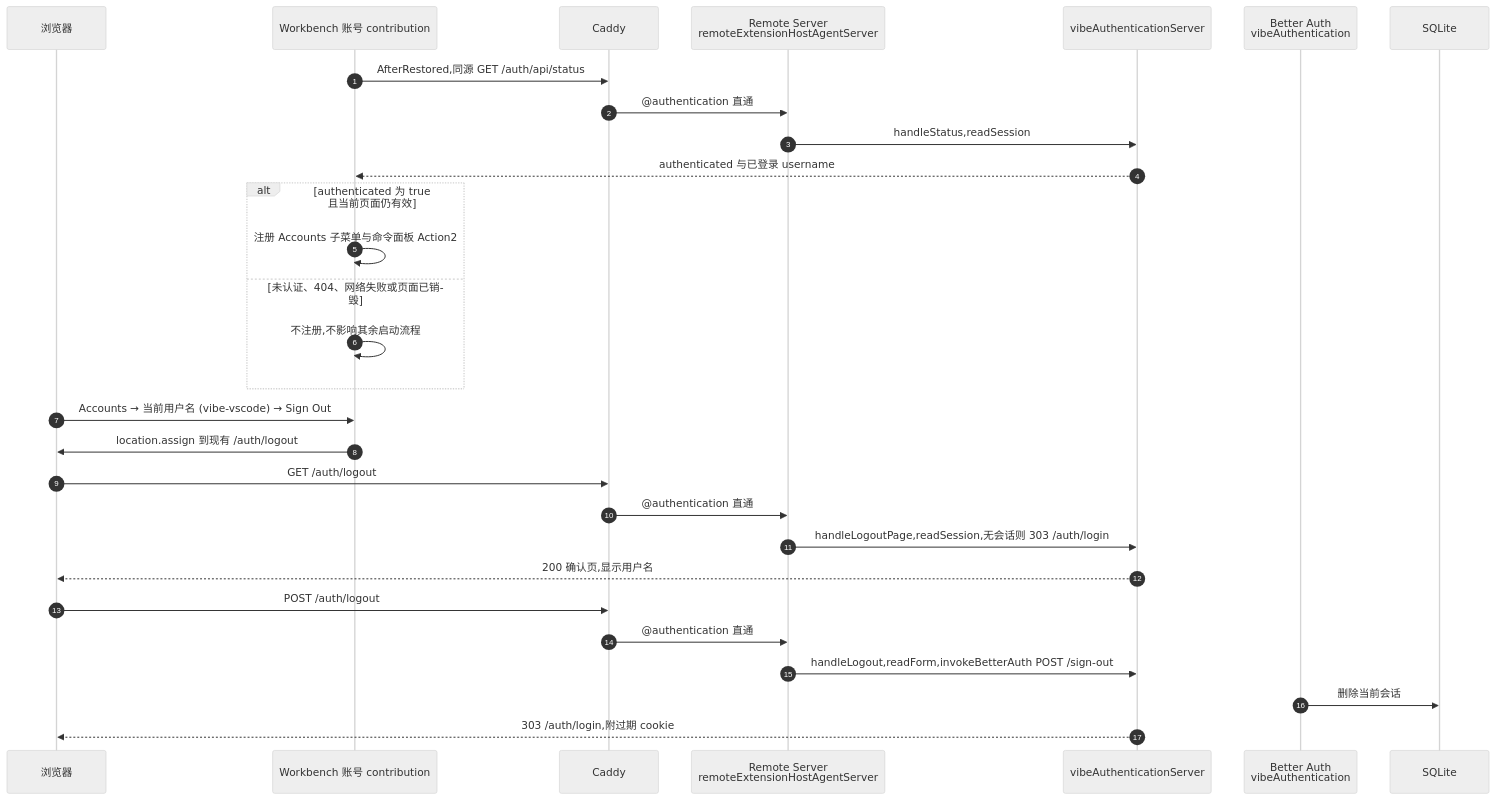
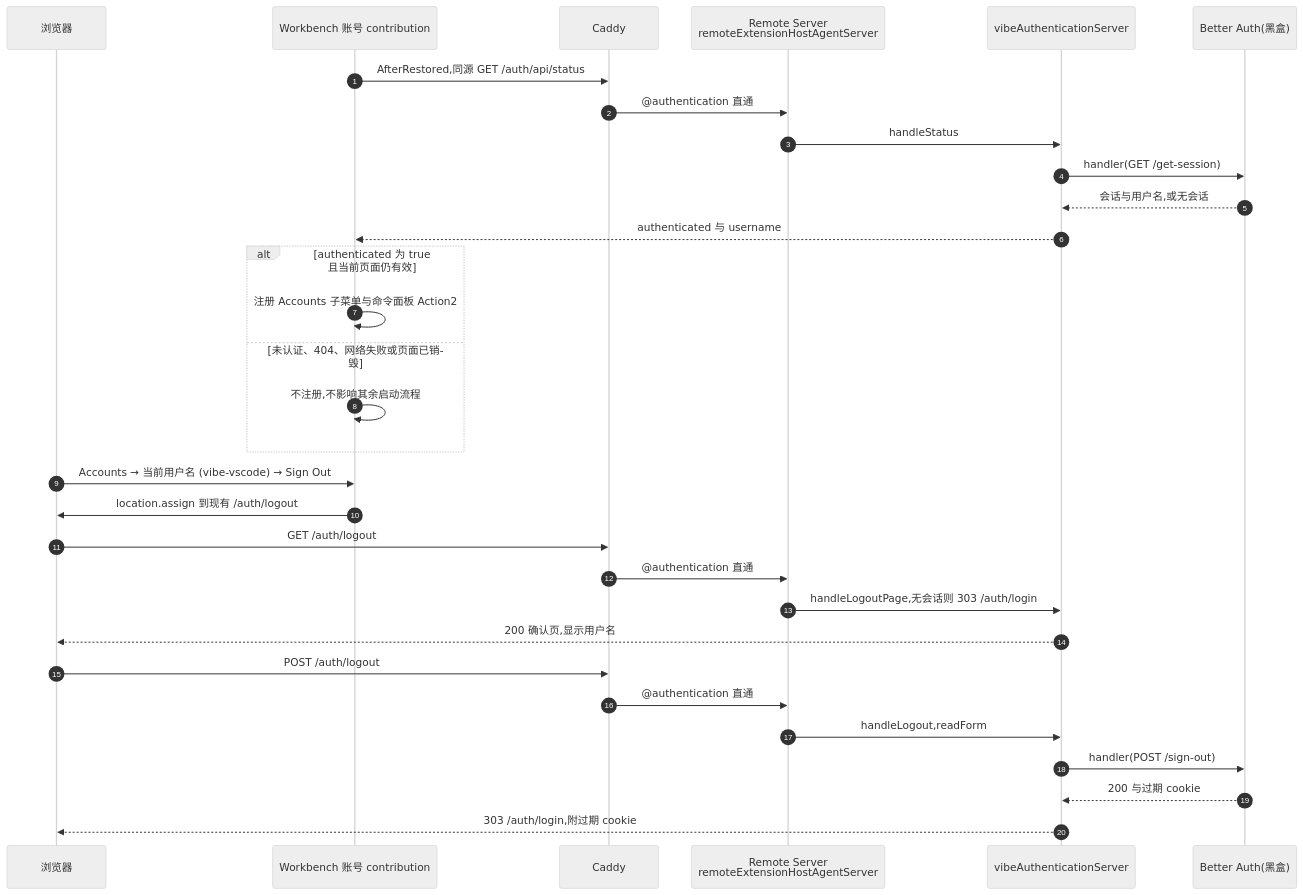
One commit to ActivePeter/vibe-vscode changed the ninth of 11 diagrams in vibe_vscode_doc/design/login_authentication.md. Above: the diagram before and after it, drawn with Mermaid (neutral theme). The commit also changed other lines of this file, not shown here.

First line of the commit message:
docs: draw Better Auth as a black box and list the calls made into it

````diff
--- a/vibe_vscode_doc/design/login_authentication.md
+++ b/vibe_vscode_doc/design/login_authentication.md
@@ -323,32 +318,34 @@
 ```mermaid
 sequenceDiagram
     autonumber
     participant Browser as 浏览器
     participant Account as Workbench 账号 contribution
     participant Caddy as Caddy
     participant Remote as Remote Server<br/>remoteExtensionHostAgentServer
     participant AuthSrv as vibeAuthenticationServer
-    participant Auth as Better Auth<br/>vibeAuthentication
-    participant DB as SQLite
+    participant BA as Better Auth(黑盒)
 
     Account->>Caddy: AfterRestored,同源 GET /auth/api/status
     Caddy->>Remote: @authentication 直通
-    Remote->>AuthSrv: handleStatus,readSession
-    AuthSrv-->>Account: authenticated 与已登录 username
+    Remote->>AuthSrv: handleStatus
+    AuthSrv->>BA: handler(GET /get-session)
+    BA-->>AuthSrv: 会话与用户名,或无会话
+    AuthSrv-->>Account: authenticated 与 username
     alt authenticated 为 true 且当前页面仍有效
         Account->>Account: 注册 Accounts 子菜单与命令面板 Action2
     else 未认证、404、网络失败或页面已销毁
         Account->>Account: 不注册,不影响其余启动流程
     end
     Browser->>Account: Accounts → 当前用户名 (vibe-vscode) → Sign Out
     Account->>Browser: location.assign 到现有 /auth/logout
     Browser->>Caddy: GET /auth/logout
     Caddy->>Remote: @authentication 直通
-    Remote->>AuthSrv: handleLogoutPage,readSession,无会话则 303 /auth/login
+    Remote->>AuthSrv: handleLogoutPage,无会话则 303 /auth/login
     AuthSrv-->>Browser: 200 确认页,显示用户名
     Browser->>Caddy: POST /auth/logout
     Caddy->>Remote: @authentication 直通
-    Remote->>AuthSrv: handleLogout,readForm,invokeBetterAuth POST /sign-out
-    Auth->>DB: 删除当前会话
+    Remote->>AuthSrv: handleLogout,readForm
+    AuthSrv->>BA: handler(POST /sign-out)
+    BA-->>AuthSrv: 200 与过期 cookie
     AuthSrv-->>Browser: 303 /auth/login,附过期 cookie
 ```
````
